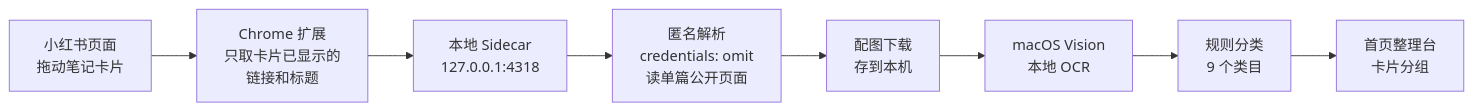
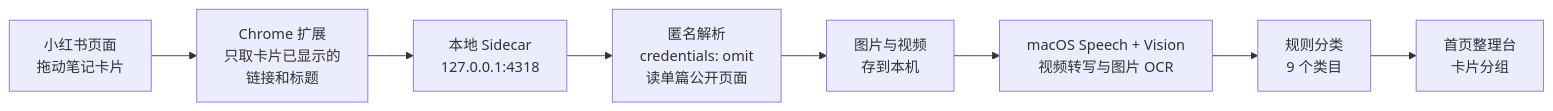
The diagram in README.md (sexyfeifan/Kanbox), drawn with Mermaid before and after one commit. The commit also changed other lines of this file and 35 other files, not shown here.

````diff
--- a/README.md
+++ b/README.md
@@ -58,10 +59,10 @@
 ```mermaid
 flowchart LR
     A[小红书页面<br/>拖动笔记卡片] --> B[Chrome 扩展<br/>只取卡片已显示的<br/>链接和标题]
     B --> C[本地 Sidecar<br/>127.0.0.1:4318]
     C --> D[匿名解析<br/>credentials: omit<br/>读单篇公开页面]
-    D --> E[配图下载<br/>存到本机]
-    E --> F[macOS Vision<br/>本地 OCR]
+    D --> E[图片与视频<br/>存到本机]
+    E --> F[macOS Speech + Vision<br/>视频转写与图片 OCR]
     F --> G[规则分类<br/>9 个类目]
     G --> H[首页整理台<br/>卡片分组]
 ```
````
